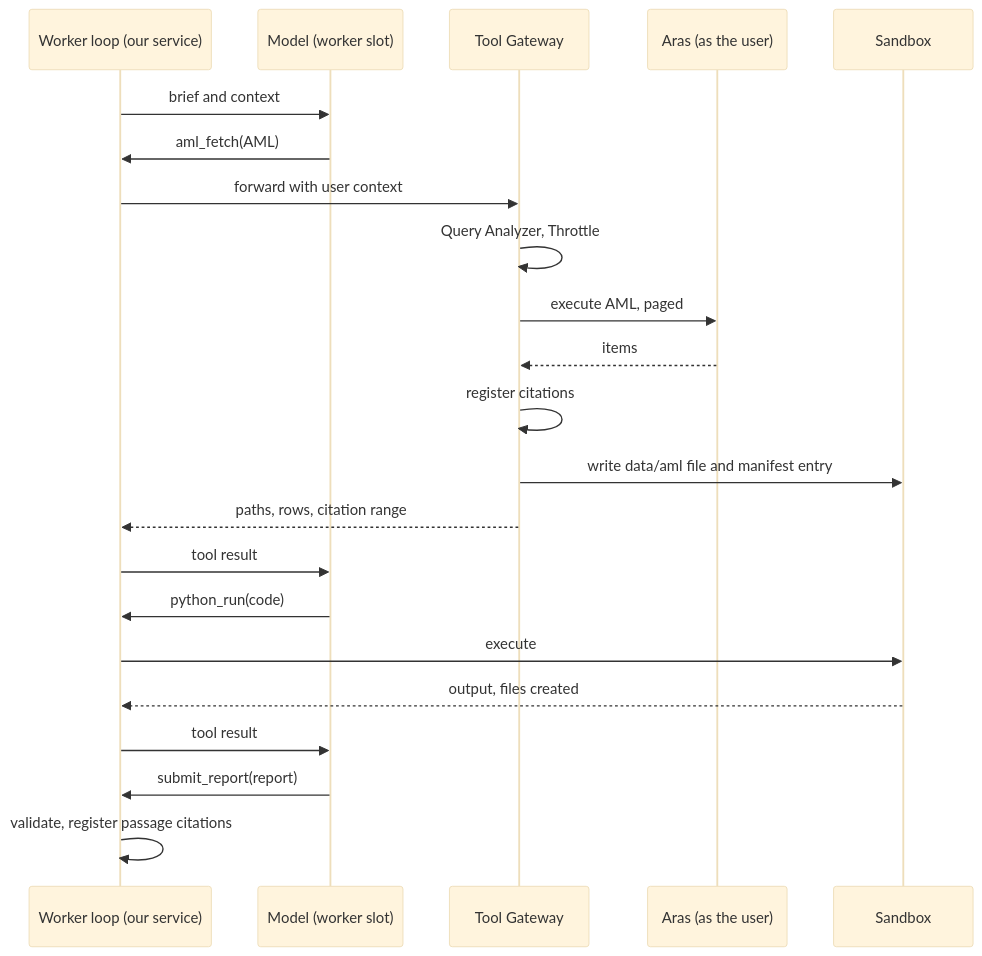
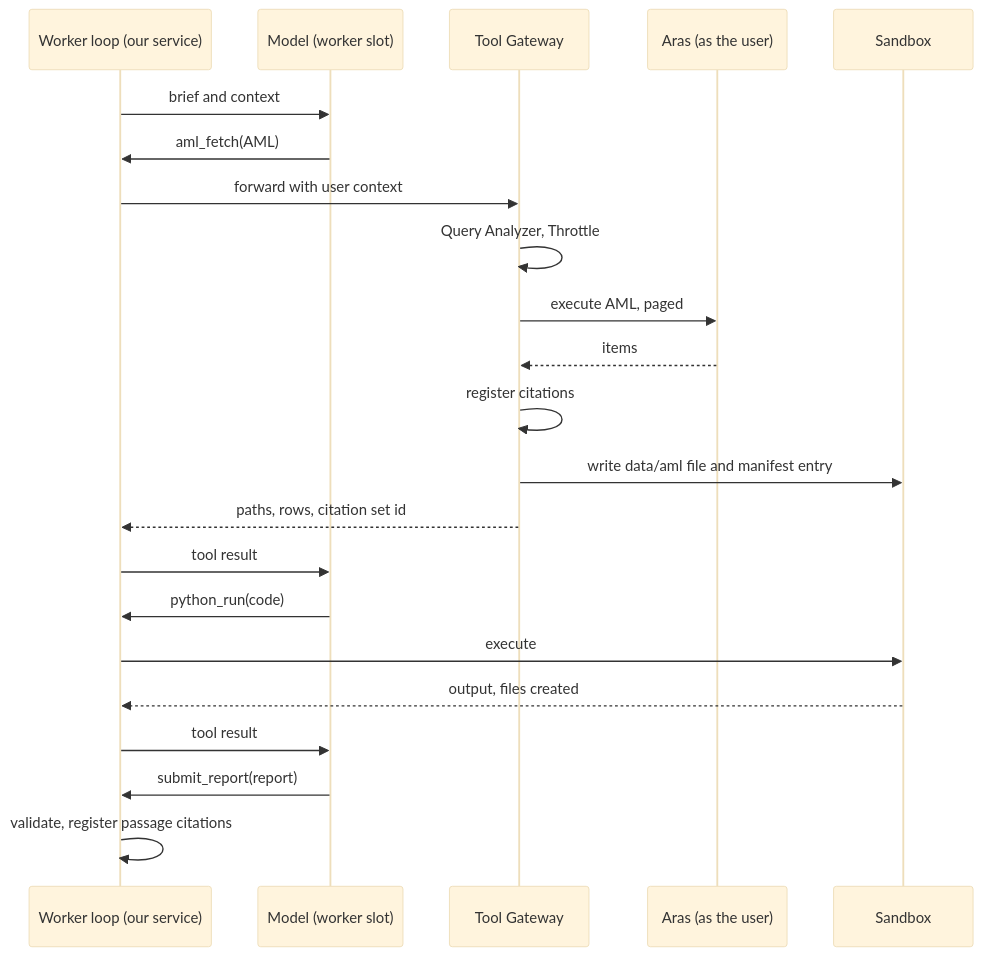
One commit to omkarbhale/aras-insight changed the second of 2 diagrams in docs/specs/analysis-worker-and-sandbox.md. Above: the diagram before and after it, drawn with Mermaid (base theme). The commit also changed other lines of this file and 99 other files, not shown here.

````diff
--- a/docs/specs/analysis-worker-and-sandbox.md
+++ b/docs/specs/analysis-worker-and-sandbox.md
@@ -192,24 +198,24 @@
 ```mermaid
 sequenceDiagram
     participant W as Worker loop (our service)
     participant M as Model (worker slot)
     participant G as Tool Gateway
     participant A as Aras (as the user)
     participant S as Sandbox
     W->>M: brief and context
     M->>W: aml_fetch(AML)
     W->>G: forward with user context
     G->>G: Query Analyzer, Throttle
     G->>A: execute AML, paged
     A-->>G: items
     G->>G: register citations
     G->>S: write data/aml file and manifest entry
-    G-->>W: paths, rows, citation range
+    G-->>W: paths, rows, citation set id
     W->>M: tool result
     M->>W: python_run(code)
     W->>S: execute
     S-->>W: output, files created
     W->>M: tool result
     M->>W: submit_report(report)
     W->>W: validate, register passage citations
 ```
````
